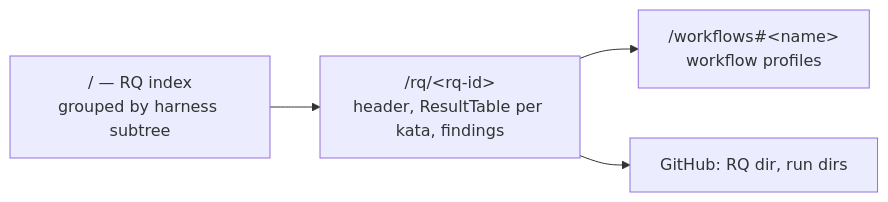
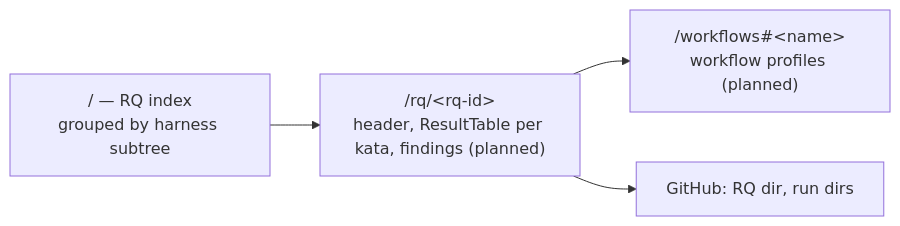
The fourth of 4 diagrams in site/docs/architecture.md (marcoemrich/agentic_coding_lab), drawn with Mermaid before and after one commit. The commit also changed other lines of this file and 17 other files, not shown here.

````diff
--- a/site/docs/architecture.md
+++ b/site/docs/architecture.md
@@ -150,6 +152,6 @@
 ```mermaid
 flowchart LR
-  idx["/ — RQ index<br/>grouped by harness subtree"] --> rqp["/rq/&lt;rq-id&gt;<br/>header, ResultTable per kata, findings"]
-  rqp --> wf["/workflows#&lt;name&gt;<br/>workflow profiles"]
+  idx["/ — RQ index<br/>grouped by harness subtree"] --> rqp["/rq/&lt;rq-id&gt;<br/>header, ResultTable per kata, findings (planned)"]
+  rqp --> wf["/workflows#&lt;name&gt;<br/>workflow profiles (planned)"]
   rqp --> gh["GitHub: RQ dir, run dirs"]
 ```
````
